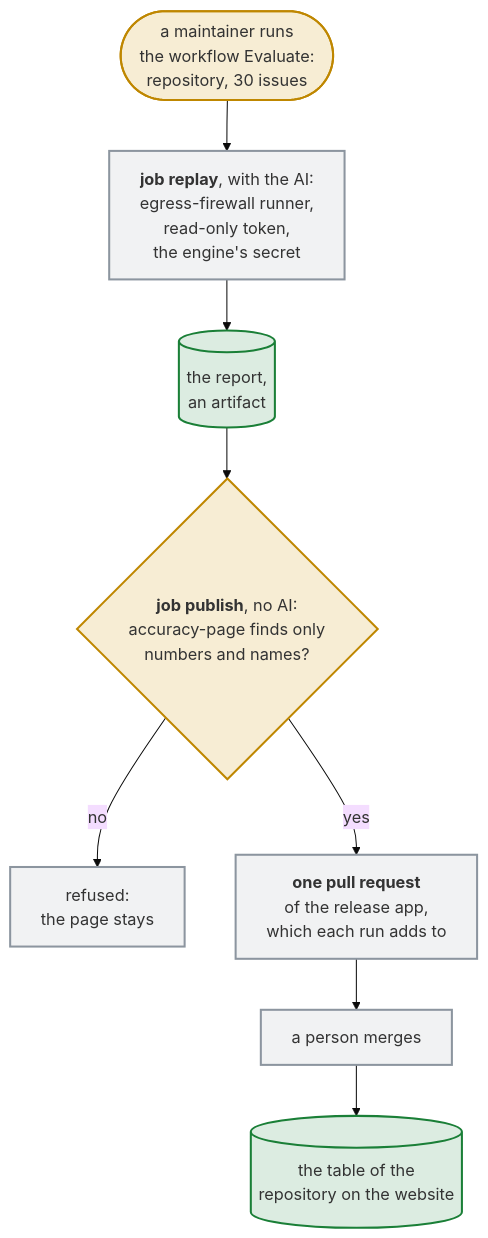
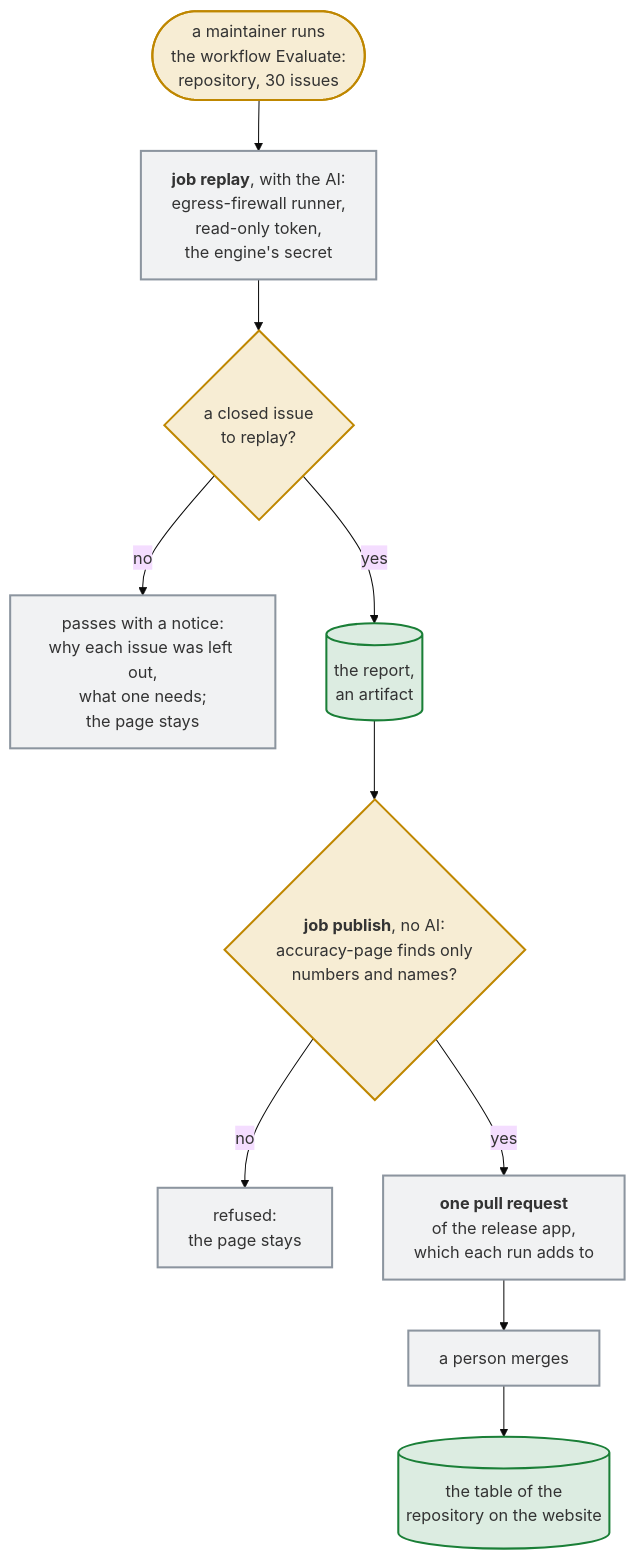
One commit to Dennis-Otto/issue-assistant changed the diagram in docs/diagrams/how-the-numbers-get-onto-the-accuracy-page.mmd. Above: the diagram before and after it, drawn with Mermaid (base theme). The commit also changed 7 other files, not shown here.

First line of the commit message:
fix(evaluate): a repository without an issue to replay ends with a notice, not a failure (#302)

```diff
--- a/docs/diagrams/how-the-numbers-get-onto-the-accuracy-page.mmd
+++ b/docs/diagrams/how-the-numbers-get-onto-the-accuracy-page.mmd
@@ -1,18 +1,20 @@
 flowchart TB
   accTitle: How the numbers get onto the accuracy page
-  accDescr: A maintainer starts the workflow Evaluate by hand with a repository and a number of issues. The job replay, on the egress-firewall runner with a read-only token and the engine's secret, runs evaluate against a checkout of that repository and keeps its report as an artifact. The job publish runs no AI: accuracy-page takes only numbers and names from the report, and refuses a report that has anything else. The release app adds them to one pull request, which a person merges, and the website shows the table.
+  accDescr: A maintainer starts the workflow Evaluate by hand with a repository and a number of issues. The job replay, on the egress-firewall runner with a read-only token and the engine's secret, runs evaluate against a checkout of that repository. Without a closed issue to replay, the run passes with a notice in its summary, which says why each issue read was left out and what an issue needs to be replayed, and the page stays. Otherwise the job keeps the report as an artifact. The job publish runs no AI: accuracy-page takes only numbers and names from the report, and refuses a report that has anything else. The release app adds them to one pull request, which a person merges, and the website shows the table.
   start(["a maintainer runs<br>the workflow Evaluate:<br>repository, 30 issues"]) --> replay["`**job replay**, with the AI:<br>egress-firewall runner,<br>read-only token,<br>the engine's secret`"]
-  replay --> report[("the report,<br>an artifact")]
+  replay --> found{"a closed issue<br>to replay?"}
+  found -- "no" --> notice["passes with a notice:<br>why each issue was left out,<br>what one needs;<br>the page stays"]
+  found -- "yes" --> report[("the report,<br>an artifact")]
   report --> check{"`**job publish**, no AI:<br>accuracy-page finds only<br>numbers and names?`"}
   check -- "no" --> refused["refused:<br>the page stays"]
   check -- "yes" --> pull["`**one pull request**<br>of the release app,<br>which each run adds to`"]
   pull --> merge["a person merges"]
   merge --> website[("the table of the<br>repository on the website")]
   classDef trigger fill:#d4a72c33,stroke:#bf8700,stroke-width:2px
   classDef question fill:#d4a72c33,stroke:#bf8700,stroke-width:2px
   classDef job fill:#8c959f1f,stroke:#8c959f,stroke-width:2px
   classDef safe fill:#1a7f3726,stroke:#1a7f37,stroke-width:2px
   class start trigger
-  class check question
-  class replay,pull,merge,refused job
+  class found,check question
+  class replay,pull,merge,refused,notice job
   class report,website safe
```
